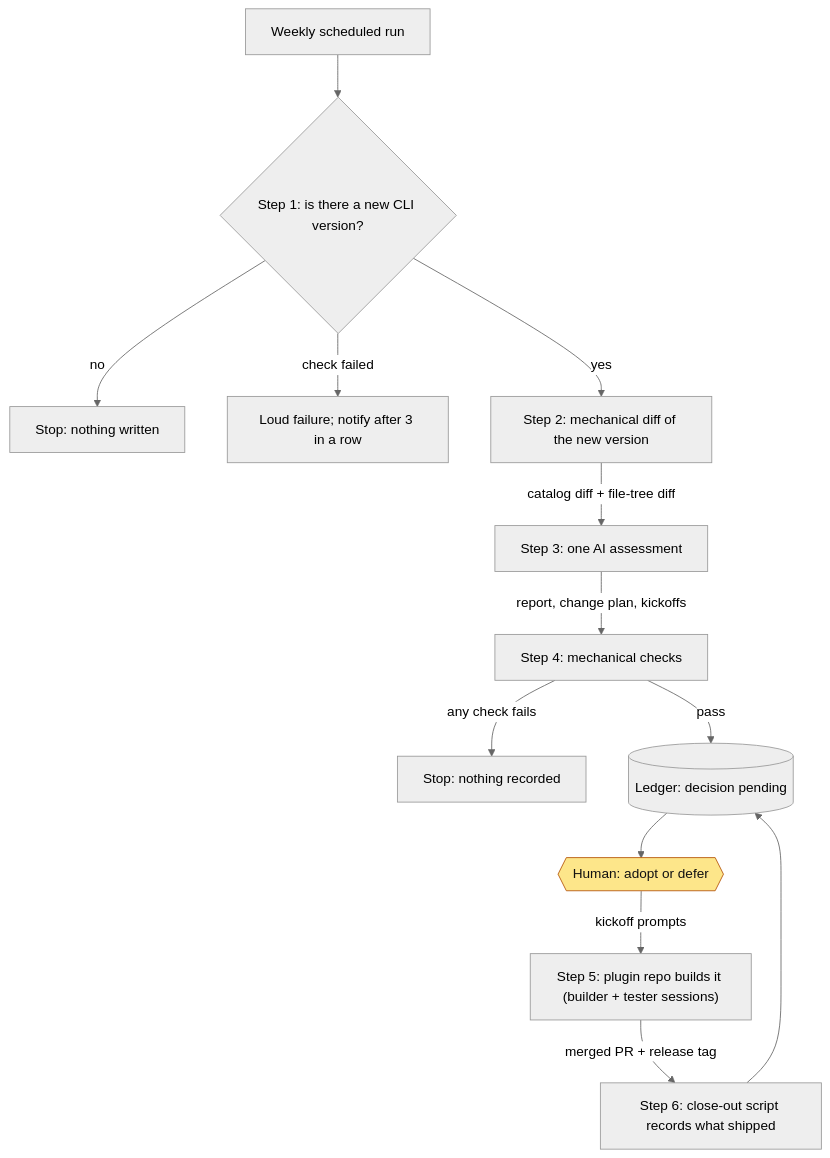
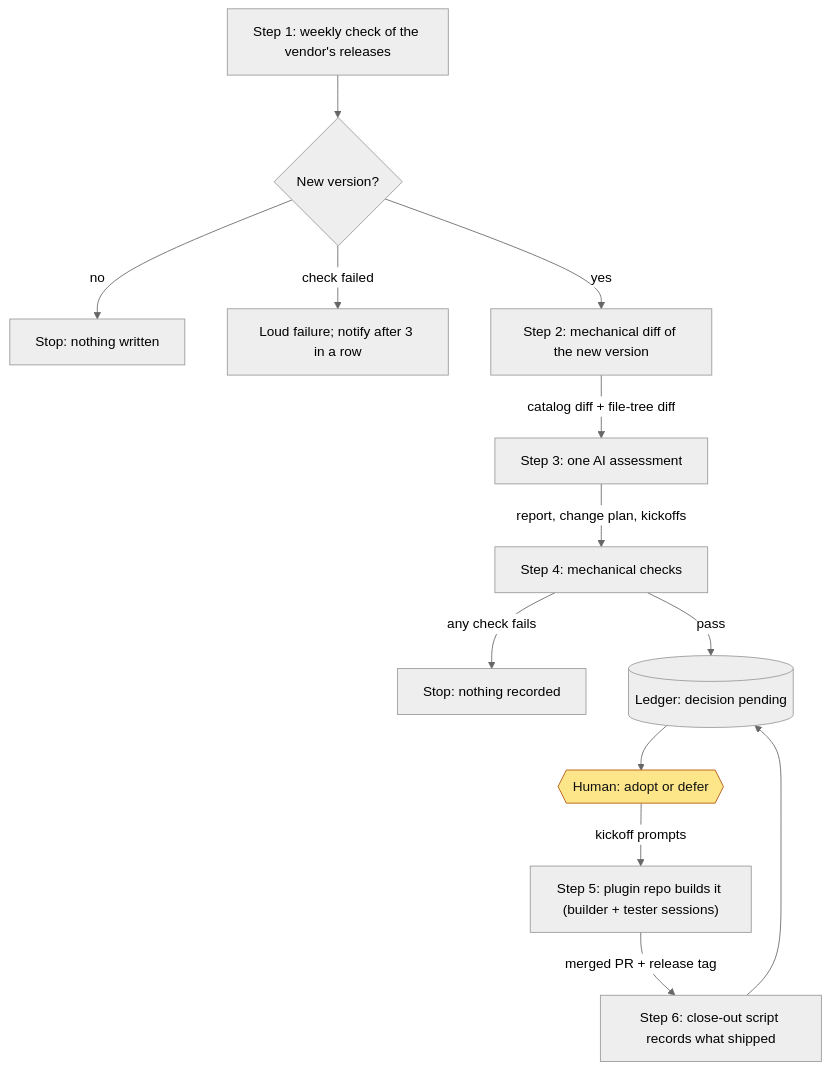
The diagram in gs-fortress/README.md (BradleyDB/showcase), drawn with Mermaid (neutral theme) before and after one commit.

Commit message:
gs-fortress diagram: short label on the new-version check

````diff
--- a/gs-fortress/README.md
+++ b/gs-fortress/README.md
@@ -33,17 +33,17 @@
 ```mermaid
 flowchart TD
-  weekly[Weekly scheduled run] --> gate{"Step 1: is there a new CLI version?"}
+  weekly["Step 1: weekly check of the vendor's releases"] --> gate{"New version?"}
   gate -->|no| quietStop[Stop: nothing written]
   gate -->|check failed| loudFail[Loud failure; notify after 3 in a row]
   gate -->|yes| delta["Step 2: mechanical diff of the new version"]
   delta -->|catalog diff + file-tree diff| assess["Step 3: one AI assessment"]
   assess -->|report, change plan, kickoffs| checks["Step 4: mechanical checks"]
   checks -->|any check fails| unsoundStop[Stop: nothing recorded]
   checks -->|pass| ledger[("Ledger: decision pending")]
   ledger --> decide{{"Human: adopt or defer"}}
   decide -->|kickoff prompts| build["Step 5: plugin repo builds it (builder + tester sessions)"]
   build -->|merged PR + release tag| closeout["Step 6: close-out script records what shipped"]
   closeout --> ledger
   classDef human fill:#fde68a,stroke:#b45309,color:#111;
   class decide human;
 ```
````
